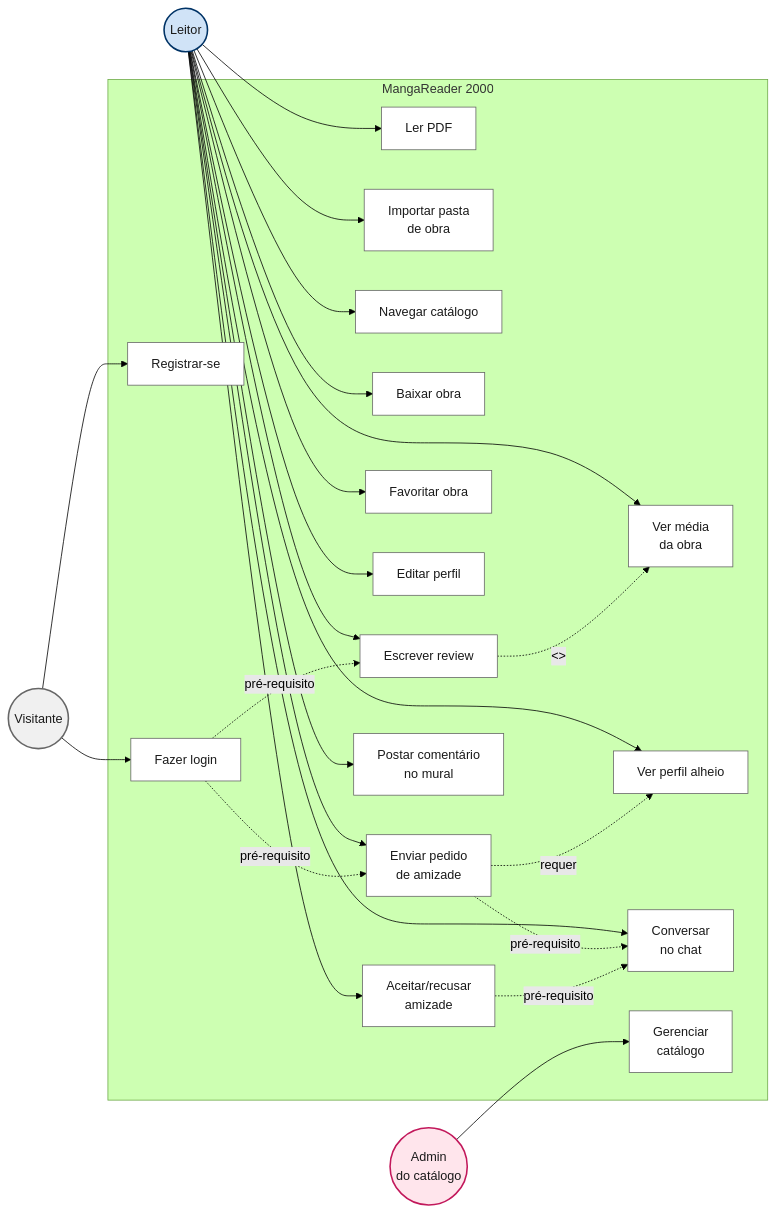
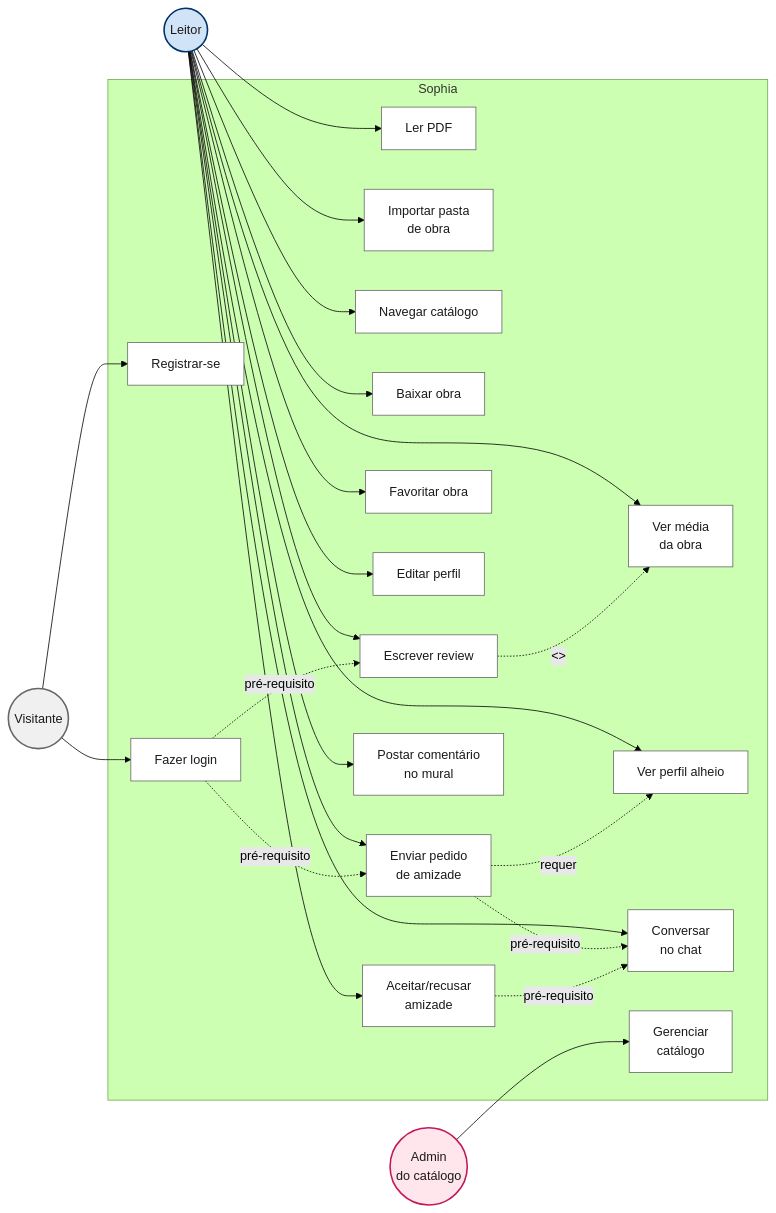
One commit to lordepeter/PDF_Reader changed the third of 4 diagrams in README.md. Above: the diagram before and after it, drawn with Mermaid (forest theme). The commit also changed other lines of this file, not shown here.

````diff
--- a/README.md
+++ b/README.md
@@ -254,69 +288,69 @@
 ```mermaid
 graph LR
     Visitante((Visitante))
     Leitor((Leitor))
     Admin((Admin<br/>do catálogo))
 
-    subgraph MangaReader 2000
+    subgraph Sophia
         UC1[Registrar-se]
         UC2[Fazer login]
         UC3[Ler PDF]
         UC4[Importar pasta<br/>de obra]
         UC5[Navegar catálogo]
         UC6[Baixar obra]
         UC7[Escrever review]
         UC8[Ver média<br/>da obra]
         UC9[Favoritar obra]
         UC10[Editar perfil]
         UC11[Enviar pedido<br/>de amizade]
         UC12[Aceitar/recusar<br/>amizade]
         UC13[Ver perfil alheio]
         UC14[Postar comentário<br/>no mural]
         UC15[Conversar<br/>no chat]
         UC16[Gerenciar<br/>catálogo]
     end
 
     Visitante --> UC1
     Visitante --> UC2
     Leitor --> UC3
     Leitor --> UC4
     Leitor --> UC5
     Leitor --> UC6
     Leitor --> UC7
     Leitor --> UC8
     Leitor --> UC9
     Leitor --> UC10
     Leitor --> UC11
     Leitor --> UC12
     Leitor --> UC13
     Leitor --> UC14
     Leitor --> UC15
     Admin --> UC16
 
     UC2 -.->|pré-requisito| UC7
     UC2 -.->|pré-requisito| UC11
     UC11 -.->|pré-requisito| UC15
     UC12 -.->|pré-requisito| UC15
     UC7 -.->|<<include>>| UC8
     UC11 -.->|requer| UC13
 
     style Visitante fill:#F0F0F0,stroke:#666666,stroke-width:2px,color:#1a1a1a
     style Leitor fill:#D0E3F7,stroke:#003366,stroke-width:2px,color:#1a1a1a
     style Admin fill:#FFE5EC,stroke:#C2185B,stroke-width:2px,color:#1a1a1a
     style UC1 fill:#FFFFFF,stroke:#666666,color:#1a1a1a
     style UC2 fill:#FFFFFF,stroke:#666666,color:#1a1a1a
     style UC3 fill:#FFFFFF,stroke:#666666,color:#1a1a1a
     style UC4 fill:#FFFFFF,stroke:#666666,color:#1a1a1a
     style UC5 fill:#FFFFFF,stroke:#666666,color:#1a1a1a
     style UC6 fill:#FFFFFF,stroke:#666666,color:#1a1a1a
     style UC7 fill:#FFFFFF,stroke:#666666,color:#1a1a1a
     style UC8 fill:#FFFFFF,stroke:#666666,color:#1a1a1a
     style UC9 fill:#FFFFFF,stroke:#666666,color:#1a1a1a
     style UC10 fill:#FFFFFF,stroke:#666666,color:#1a1a1a
     style UC11 fill:#FFFFFF,stroke:#666666,color:#1a1a1a
     style UC12 fill:#FFFFFF,stroke:#666666,color:#1a1a1a
     style UC13 fill:#FFFFFF,stroke:#666666,color:#1a1a1a
     style UC14 fill:#FFFFFF,stroke:#666666,color:#1a1a1a
     style UC15 fill:#FFFFFF,stroke:#666666,color:#1a1a1a
     style UC16 fill:#FFFFFF,stroke:#666666,color:#1a1a1a
 ```
````
